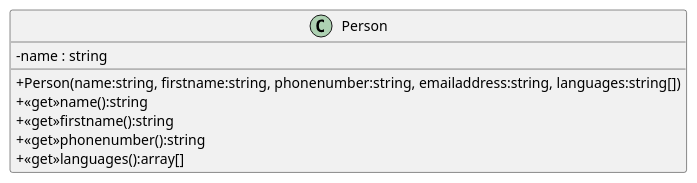
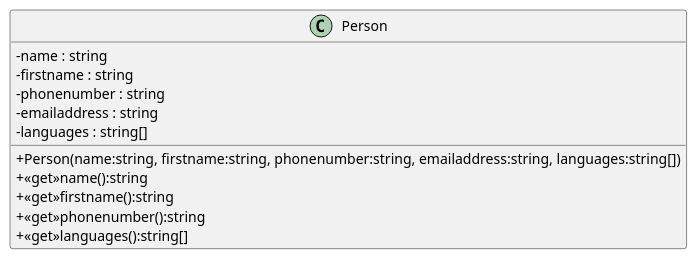
One commit to ETML-ES-FWBE/Carfleet changed the diagram in docs/classDiagram.puml. Above: the diagram before and after it, drawn with PlantUML.

Commit message:
chore: update class diagram

```diff
--- a/docs/classDiagram.puml
+++ b/docs/classDiagram.puml
@@ -1,13 +1,17 @@
 @startuml
 skinparam classAttributeIconSize 0
 class Person{
     - name : string
+    - firstname : string
+    - phonenumber : string
+    - emailaddress : string
+    - languages : string[]
 
     + Person(name:string, firstname:string, phonenumber:string, emailaddress:string, languages:string[])
     + <<get>>name():string
     + <<get>>firstname():string
     + <<get>>phonenumber():string
-    + <<get>>languages():array[]
+    + <<get>>languages():string[]
 }
 
 @enduml
```
